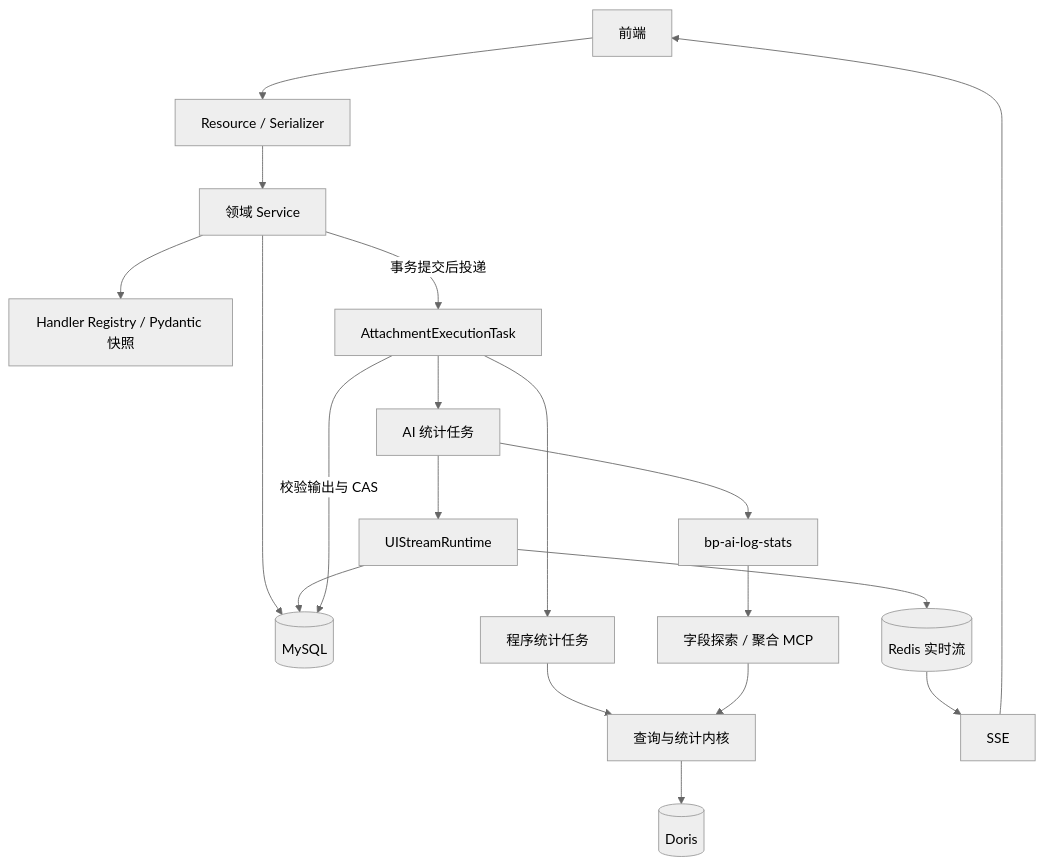
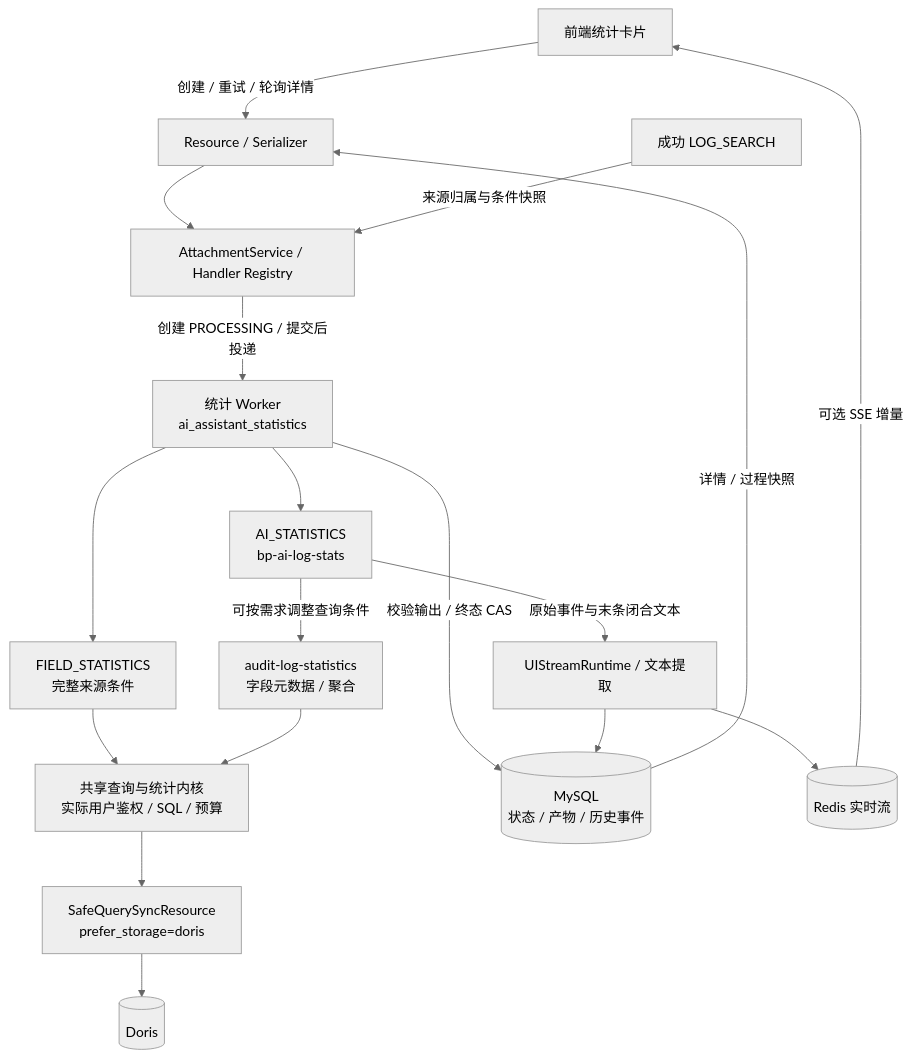
Before and after one commit to TencentBlueKing/bk-audit: the first of 2 diagrams in src/backend/services/web/ai_assistant/docs/architecture.md, drawn with Mermaid (neutral theme). The commit also changed other lines of this file and 3 other files, not shown here.

````diff
--- a/src/backend/services/web/ai_assistant/docs/architecture.md
+++ b/src/backend/services/web/ai_assistant/docs/architecture.md
@@ -28,21 +28,20 @@
 ```mermaid
 flowchart TD
-    UI[前端] --> API[Resource / Serializer]
-    API --> Service[领域 Service]
-    Service --> Registry[Handler Registry / Pydantic 快照]
-    Service --> DB[(MySQL)]
-    Service -->|事务提交后投递| Task[AttachmentExecutionTask]
-    Task --> Program[程序统计任务]
-    Task --> AI[AI 统计任务]
-    Program --> Kernel[查询与统计内核]
-    AI --> Agent[bp-ai-log-stats]
-    Agent --> MCP[字段探索 / 聚合 MCP]
+    UI[前端统计卡片] -->|创建 / 重试 / 轮询详情| API[Resource / Serializer]
+    API --> Service[AttachmentService / Handler Registry]
+    Source[成功 LOG_SEARCH] -->|来源归属与条件快照| Service
+    Service -->|创建 PROCESSING / 提交后投递| Worker[统计 Worker<br/>ai_assistant_statistics]
+    Worker --> Program[FIELD_STATISTICS<br/>完整来源条件]
+    Worker --> AI[AI_STATISTICS<br/>bp-ai-log-stats]
+    Program --> Kernel[共享查询与统计内核<br/>实际用户鉴权 / SQL / 预算]
+    AI -->|可按需求调整查询条件| MCP[audit-log-statistics<br/>字段元数据 / 聚合]
     MCP --> Kernel
-    Kernel --> Doris[(Doris)]
-    AI --> Stream[UIStreamRuntime]
+    Kernel --> BKBase[SafeQuerySyncResource<br/>prefer_storage=doris]
+    BKBase --> Doris[(Doris)]
+    Worker -->|校验输出 / 终态 CAS| DB[(MySQL<br/>状态 / 产物 / 历史事件)]
+    AI -->|原始事件与末条闭合文本| Stream[UIStreamRuntime / 文本提取]
+    Stream --> DB
     Stream --> Redis[(Redis 实时流)]
-    Stream --> DB
-    Redis --> SSE[SSE]
-    SSE --> UI
-    Task -->|校验输出与 CAS| DB
+    DB -->|详情 / 过程快照| API
+    Redis -->|可选 SSE 增量| UI
 ```
````
